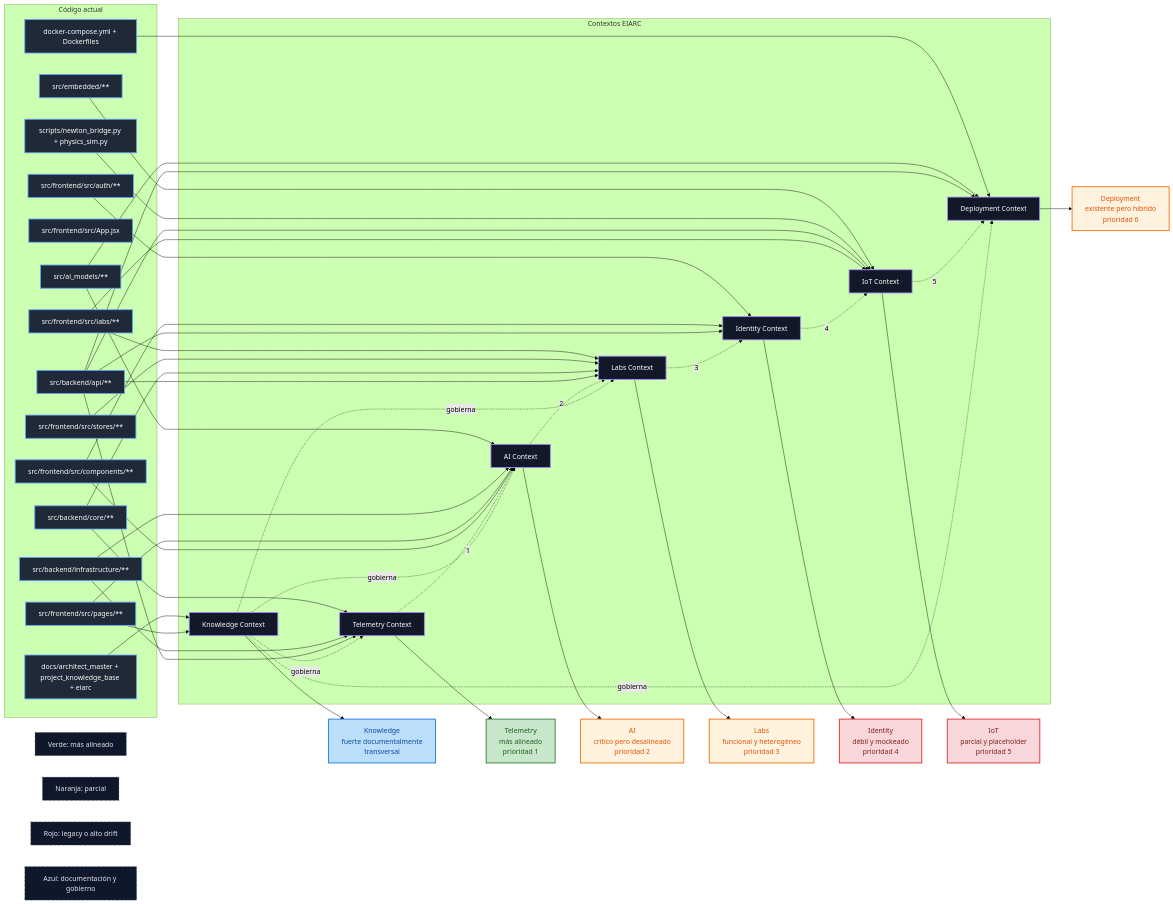
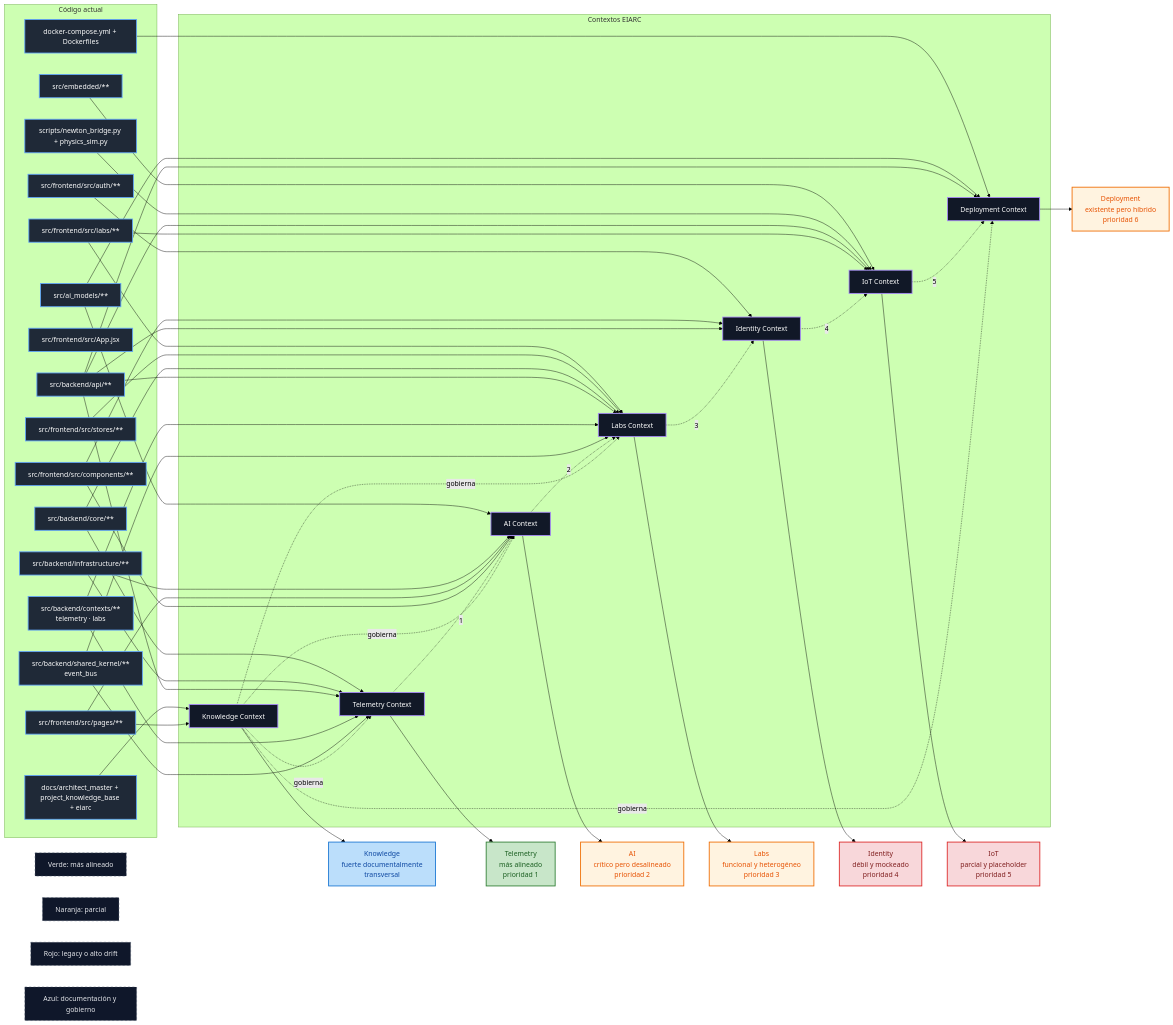
One commit to badolgm/sigcTiArural changed the diagram in docs/eiarc/03_DIAGRAMS/EIARC_CODE_TO_CONTEXT_MAP.mmd. Above: the diagram before and after it, drawn with Mermaid (forest theme). The commit also changed 17 other files, not shown here.

Commit message:
docs(architecture): consolidate canonical architecture and evidence freeze

```diff
--- a/docs/eiarc/03_DIAGRAMS/EIARC_CODE_TO_CONTEXT_MAP.mmd
+++ b/docs/eiarc/03_DIAGRAMS/EIARC_CODE_TO_CONTEXT_MAP.mmd
@@ -1,116 +1,127 @@
 %% EIARC Code to Context Map
 %% Fecha: 2026-07-12
-%% Versión: v1.0.0
+%% Versión: v1.1.0 (actualizado 2026-10 — F3 ARCHITECTURE_EVIDENCE_FREEZE_REPORT)
 %% Propósito:
 %% Mapear el código actual del repositorio hacia los Contextos EIARC,
 %% mostrando estado relativo, legacy y orden recomendado de migración.
+%% Nota v1.1.0: se añaden los bounded contexts materializados `src/backend/contexts/**`
+%% (telemetry, labs) y el Shared Kernel `src/backend/shared_kernel/**` (event_bus),
+%% ausentes en v1.0.0. No se elimina ninguna arista previa.
 
 flowchart LR
     subgraph CODE["Código actual"]
         BAPI[src/backend/api/**]
         BCORE[src/backend/core/**]
+        BCTX[src/backend/contexts/**<br/>telemetry · labs]
+        BSK[src/backend/shared_kernel/**<br/>event_bus]
         BINFRA[src/backend/infrastructure/**]
         AIM[src/ai_models/**]
         FAPP[src/frontend/src/App.jsx]
         FPAGES[src/frontend/src/pages/**]
         FLABS[src/frontend/src/labs/**]
         FCOMP[src/frontend/src/components/**]
         FAUTH[src/frontend/src/auth/**]
         FSTORE[src/frontend/src/stores/**]
         EMB[src/embedded/**]
         SCR[scripts/newton_bridge.py + physics_sim.py]
         DEP[docker-compose.yml + Dockerfiles]
         DOCS[docs/architect_master + project_knowledge_base + eiarc]
     end
 
     subgraph CTX["Contextos EIARC"]
         TELEMETRY[Telemetry Context]
         AI[AI Context]
         LABS[Labs Context]
         KNOWLEDGE[Knowledge Context]
         IDENTITY[Identity Context]
         IOT[IoT Context]
         DEPLOYMENT[Deployment Context]
     end
 
     %% Mapeo principal
     BCORE --> TELEMETRY
     BINFRA --> TELEMETRY
     BAPI --> TELEMETRY
 
     AIM --> AI
     BINFRA --> AI
     FPAGES --> AI
     FCOMP --> AI
 
     FLABS --> LABS
     FSTORE --> LABS
     BCORE --> LABS
     BAPI --> LABS
+
+    %% Bounded contexts materializados y Shared Kernel (v1.1.0)
+    BCTX --> TELEMETRY
+    BCTX --> LABS
+    BSK --> TELEMETRY
+    BSK --> LABS
 
     DOCS --> KNOWLEDGE
     FPAGES --> KNOWLEDGE
 
     FAUTH --> IDENTITY
     FCOMP --> IDENTITY
     BAPI --> IDENTITY
 
     EMB --> IOT
     SCR --> IOT
     BAPI --> IOT
     FLABS --> IOT
 
     DEP --> DEPLOYMENT
     AIM --> DEPLOYMENT
     BAPI --> DEPLOYMENT
 
     %% Estados
     T1[Telemetry<br/>más alineado<br/>prioridad 1]
     A1[AI<br/>crítico pero desalineado<br/>prioridad 2]
     L1[Labs<br/>funcional y heterogéneo<br/>prioridad 3]
     K1[Knowledge<br/>fuerte documentalmente<br/>transversal]
     I1[Identity<br/>débil y mockeado<br/>prioridad 4]
     O1[IoT<br/>parcial y placeholder<br/>prioridad 5]
     D1[Deployment<br/>existente pero híbrido<br/>prioridad 6]
 
     TELEMETRY --> T1
     AI --> A1
     LABS --> L1
     KNOWLEDGE --> K1
     IDENTITY --> I1
     IOT --> O1
     DEPLOYMENT --> D1
 
     %% Orden de migración
     TELEMETRY -. 1 .-> AI
     AI -. 2 .-> LABS
     LABS -. 3 .-> IDENTITY
     IDENTITY -. 4 .-> IOT
     IOT -. 5 .-> DEPLOYMENT
     KNOWLEDGE -. gobierna .-> TELEMETRY
     KNOWLEDGE -. gobierna .-> AI
     KNOWLEDGE -. gobierna .-> LABS
     KNOWLEDGE -. gobierna .-> DEPLOYMENT
 
     %% Leyenda visual
     LEG1[Verde: más alineado]
     LEG2[Naranja: parcial]
     LEG3[Rojo: legacy o alto drift]
     LEG4[Azul: documentación y gobierno]
 
     %% Estilos
     classDef code fill:#1f2937,color:#ffffff,stroke:#60a5fa,stroke-width:2px;
     classDef ctx fill:#111827,color:#ffffff,stroke:#a78bfa,stroke-width:2px;
     classDef aligned fill:#c8e6c9,color:#1a5e20,stroke:#2e7d32,stroke-width:2px;
     classDef partial fill:#fff3e0,color:#e65100,stroke:#ef6c00,stroke-width:2px;
     classDef risk fill:#f8d7da,color:#7f1d1d,stroke:#dc2626,stroke-width:2px;
     classDef knowledge fill:#bbdefb,color:#0d47a1,stroke:#1976d2,stroke-width:2px;
     classDef legend fill:#0f172a,color:#e5e7eb,stroke:#475569,stroke-width:1px,stroke-dasharray: 5 5;
 
-    class BAPI,BCORE,BINFRA,AIM,FAPP,FPAGES,FLABS,FCOMP,FAUTH,FSTORE,EMB,SCR,DEP,DOCS code;
+    class BAPI,BCORE,BCTX,BSK,BINFRA,AIM,FAPP,FPAGES,FLABS,FCOMP,FAUTH,FSTORE,EMB,SCR,DEP,DOCS code;
     class TELEMETRY,AI,LABS,KNOWLEDGE,IDENTITY,IOT,DEPLOYMENT ctx;
     class T1 aligned;
     class A1,L1,D1 partial;
     class I1,O1 risk;
     class K1 knowledge;
     class LEG1,LEG2,LEG3,LEG4 legend;
```
